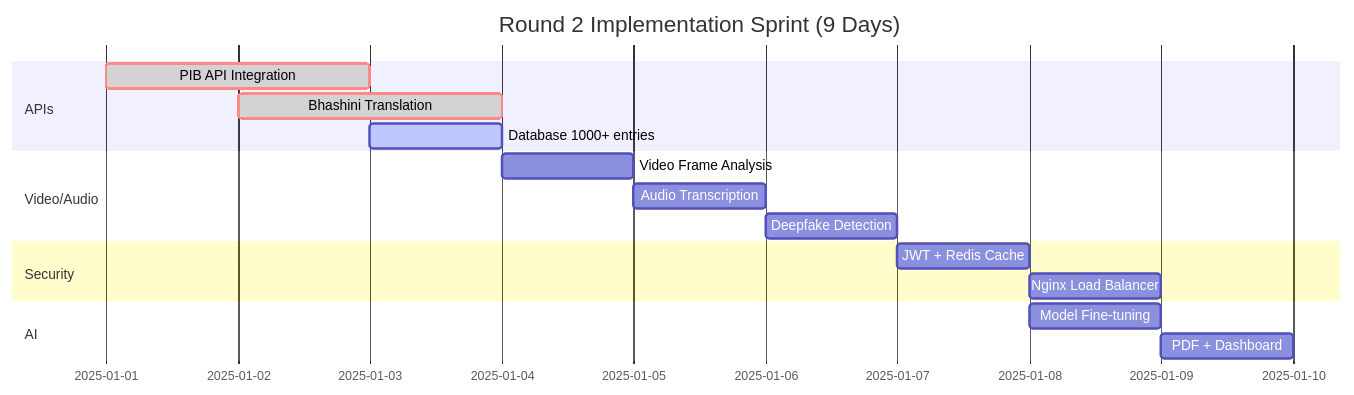
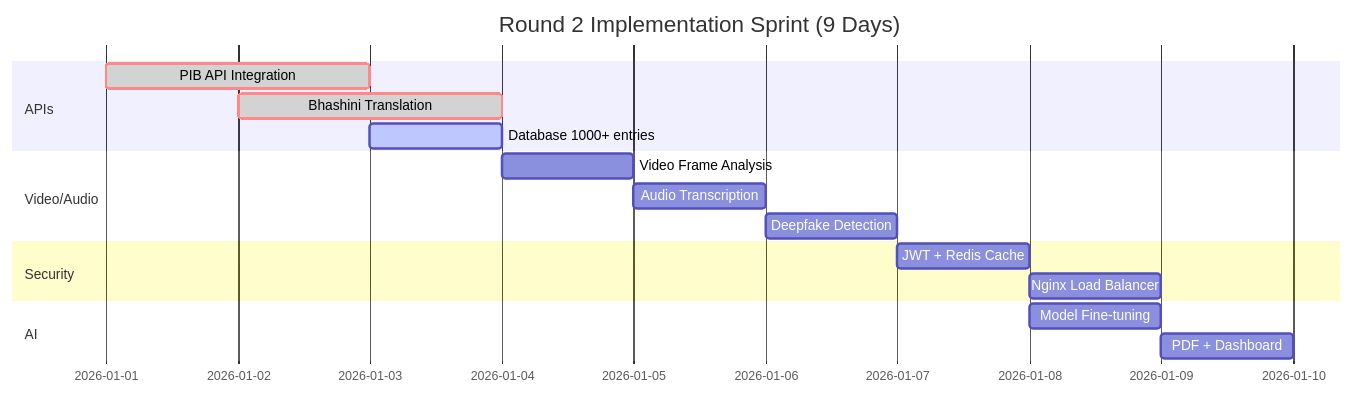
One commit to AbhishekGiri04/SATYA-DRISHTI changed the sixth of 6 diagrams in README.md. Above: the diagram before and after it, drawn with Mermaid.

````diff
--- a/README.md
+++ b/README.md
@@ -1064,19 +1064,19 @@
 ```mermaid
 gantt
     title Round 2 Implementation Sprint (9 Days)
     dateFormat  YYYY-MM-DD
     section APIs
-    PIB API Integration       :crit, done, api1, 2025-01-01, 2d
-    Bhashini Translation      :crit, done, api2, 2025-01-02, 2d
-    Database 1000+ entries    :active, api3, 2025-01-03, 1d
+    PIB API Integration       :crit, done, api1, 2026-01-01, 2d
+    Bhashini Translation      :crit, done, api2, 2026-01-02, 2d
+    Database 1000+ entries    :active, api3, 2026-01-03, 1d
     section Video/Audio
-    Video Frame Analysis      :video1, 2025-01-04, 1d
-    Audio Transcription       :video2, 2025-01-05, 1d
-    Deepfake Detection        :video3, 2025-01-06, 1d
+    Video Frame Analysis      :video1, 2026-01-04, 1d
+    Audio Transcription       :video2, 2026-01-05, 1d
+    Deepfake Detection        :video3, 2026-01-06, 1d
     section Security
-    JWT + Redis Cache         :sec1, 2025-01-07, 1d
-    Nginx Load Balancer       :sec2, 2025-01-08, 1d
+    JWT + Redis Cache         :sec1, 2026-01-07, 1d
+    Nginx Load Balancer       :sec2, 2026-01-08, 1d
     section AI
-    Model Fine-tuning         :ai1, 2025-01-08, 1d
-    PDF + Dashboard           :report1, 2025-01-09, 1d
+    Model Fine-tuning         :ai1, 2026-01-08, 1d
+    PDF + Dashboard           :report1, 2026-01-09, 1d
 ```
````
